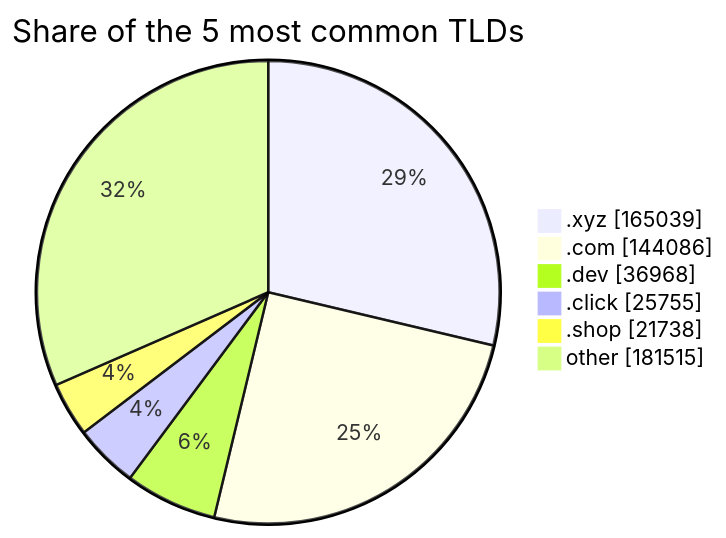
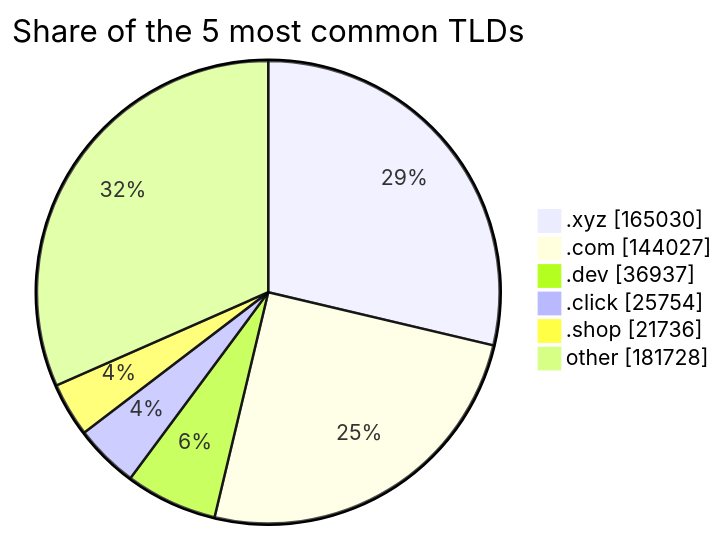
Before and after one commit to DNSBunker/CTI: the third of 3 diagrams in README.md, drawn with Mermaid. The commit also changed other lines of this file and 3 other files, not shown here.

````diff
--- a/README.md
+++ b/README.md
@@ -81,9 +81,9 @@
 ```mermaid
 pie showData title Share of the 5 most common TLDs
-    ".xyz" : 165039
-    ".com" : 144086
-    ".dev" : 36968
-    ".click" : 25755
-    ".shop" : 21738
-    "other" : 181515
+    ".xyz" : 165030
+    ".com" : 144027
+    ".dev" : 36937
+    ".click" : 25754
+    ".shop" : 21736
+    "other" : 181728
 ```
````
